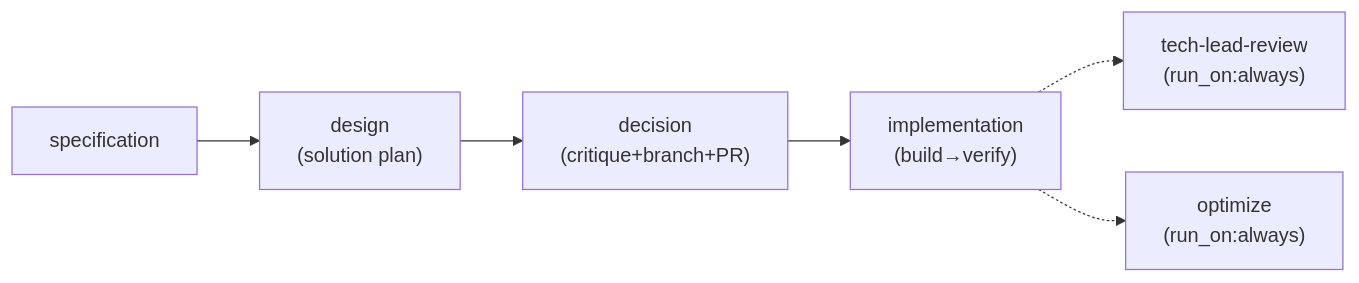
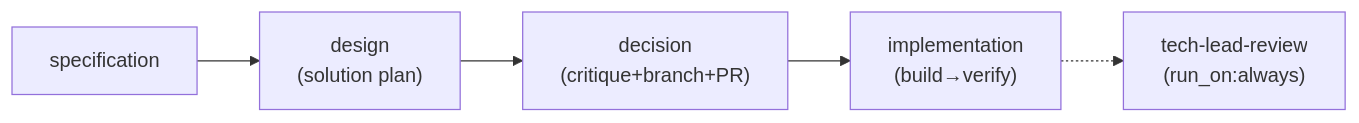
Before and after one commit to korchasa/flowai-workflow: the diagram in documents/design-sdlc.md, drawn with Mermaid. The commit also changed other lines of this file and 23 other files, not shown here.

````diff
--- a/documents/design-sdlc.md
+++ b/documents/design-sdlc.md
@@ -19,8 +19,7 @@
 ```mermaid
 graph LR
     Spec["specification"] --> Design["design<br/>(solution plan)"]
     Design --> Decision["decision<br/>(critique+branch+PR)"]
     Decision --> Loop["implementation<br/>(build→verify)"]
     Loop -.-> Review["tech-lead-review<br/>(run_on:always)"]
-    Loop -.-> Optimize["optimize<br/>(run_on:always)"]
 ```
````
